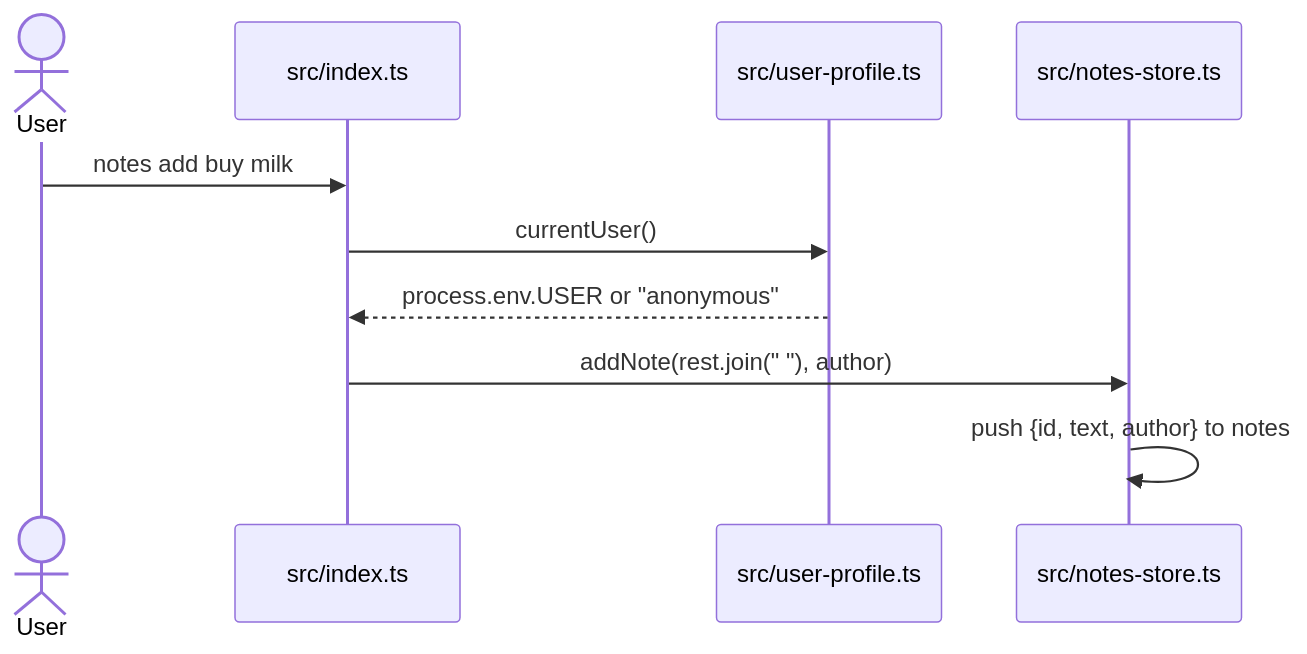
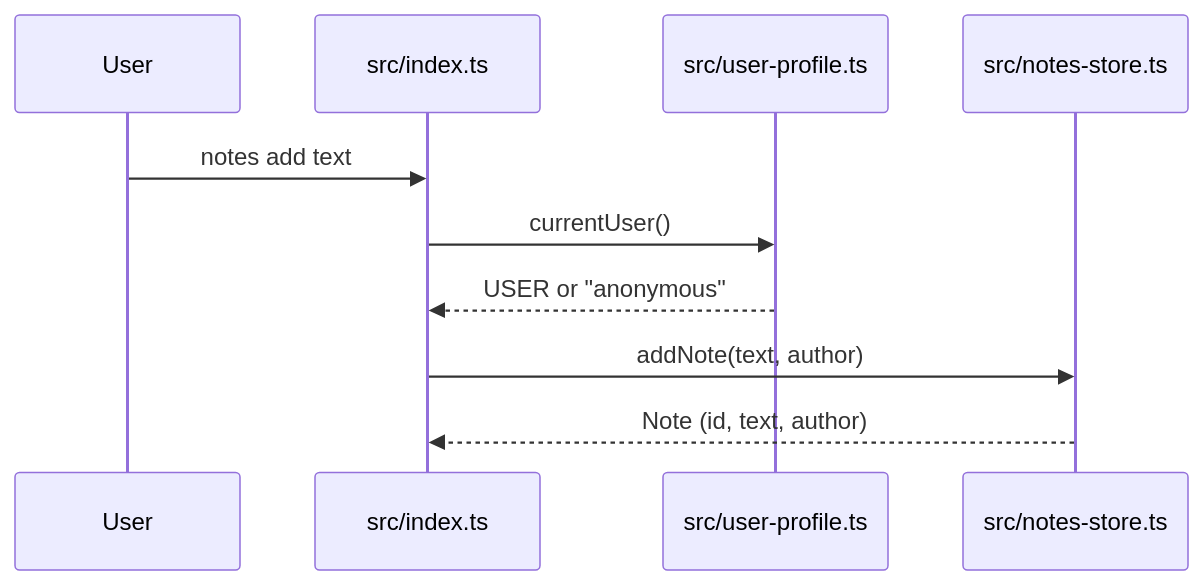
The first of 3 diagrams in examples/ts-notes-cli/docs/codemap/sequence-flow.md (hxxnn/codemap), drawn with Mermaid before and after one commit. The commit also changed other lines of this file and 35 other files, not shown here.

First line of the commit message:
test: regenerate examples with the final diagram rules

````diff
--- a/examples/ts-notes-cli/docs/codemap/sequence-flow.md
+++ b/examples/ts-notes-cli/docs/codemap/sequence-flow.md
@@ -18,12 +18,12 @@
 ```mermaid
 sequenceDiagram
-  actor U as User
+  participant U as User
   participant I as src/index.ts
   participant P as src/user-profile.ts
   participant S as src/notes-store.ts
-  U->>I: notes add buy milk
+  U->>I: notes add text
   I->>P: currentUser()
-  P-->>I: process.env.USER or "anonymous"
-  I->>S: addNote(rest.join(" "), author)
-  S->>S: push {id, text, author} to notes
+  P-->>I: USER or "anonymous"
+  I->>S: addNote(text, author)
+  S-->>I: Note (id, text, author)
 ```
````
